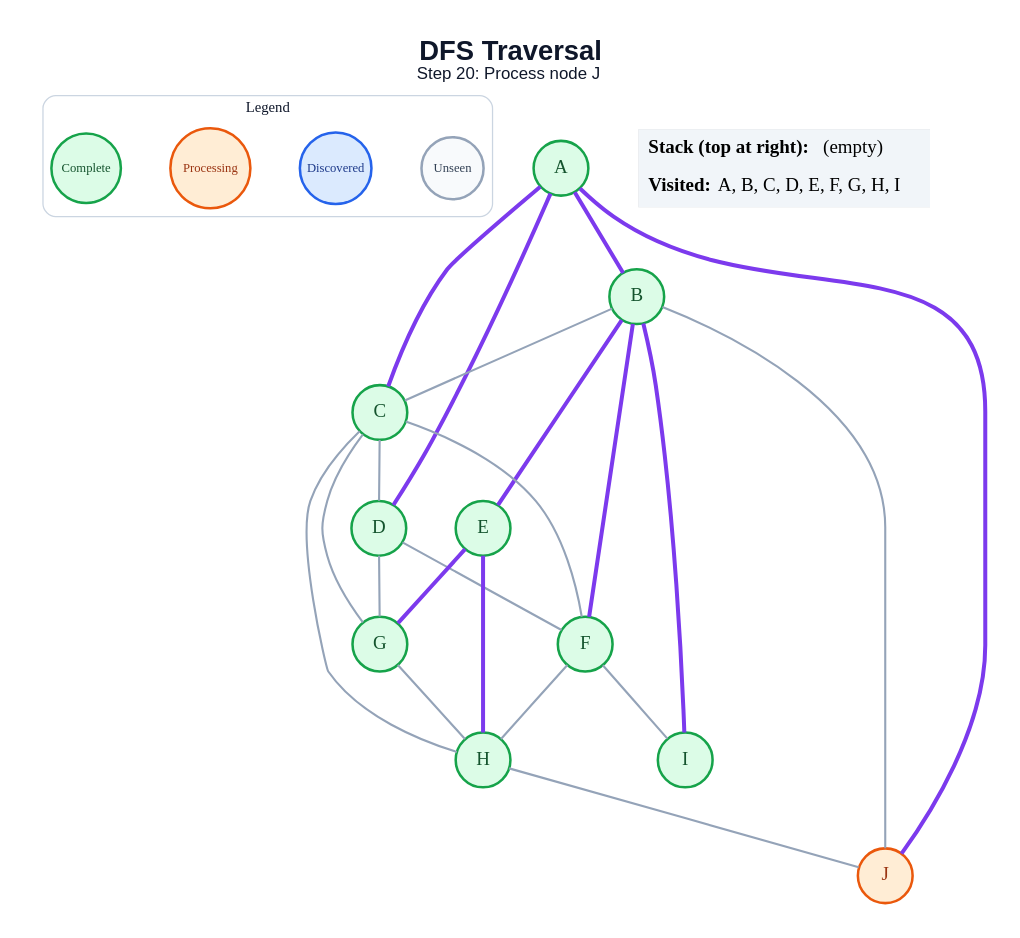
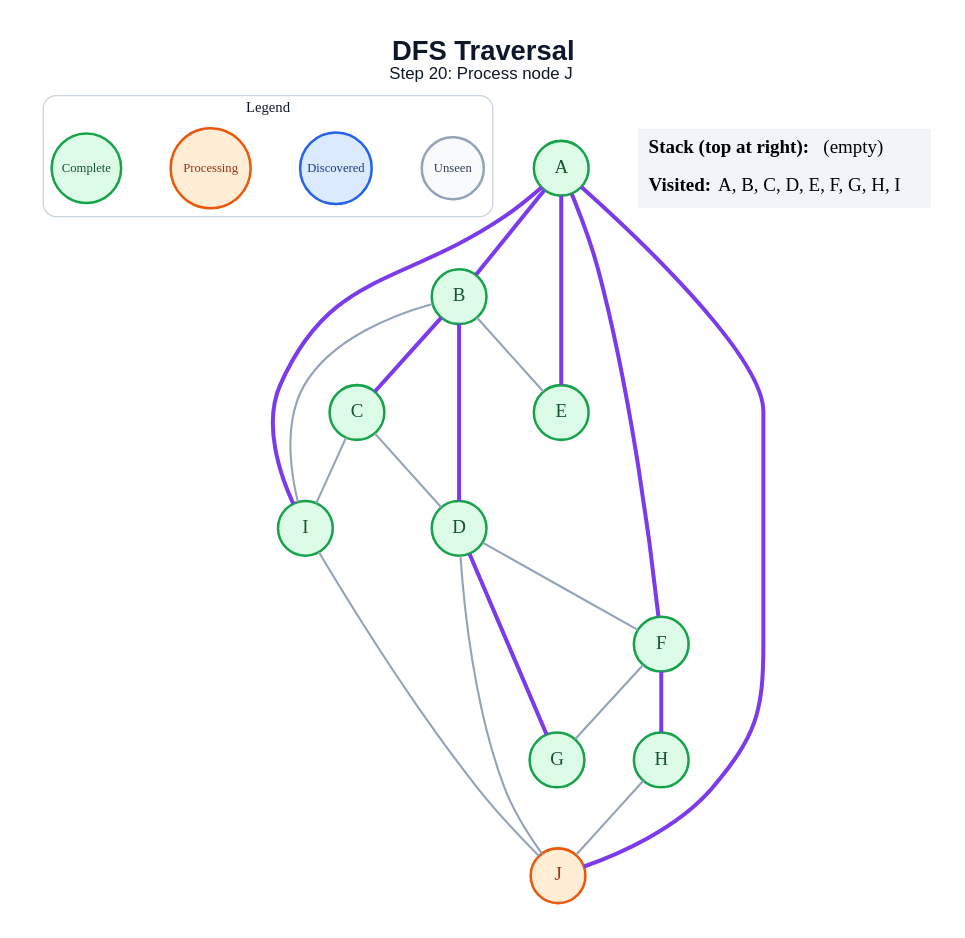
One commit to anon7238593-create/ai-slop changed the diagram in generated/dfs/step_20.dot. Above: the diagram before and after it, drawn with Graphviz. The commit also changed 178 other files, not shown here.

```diff
--- a/generated/dfs/step_20.dot
+++ b/generated/dfs/step_20.dot
@@ -1,50 +1,47 @@
 graph traversal {
   graph [layout=dot, rankdir=TB, bgcolor="#FFFFFF", pad="0.35", nodesep="0.65", ranksep="0.8", fontname="Arial"];
   node [shape=circle, style="filled", fontname="Arial Bold", fontsize=18, width=0.72, fixedsize=true, penwidth=2.4];
   edge [color="#94A3B8", penwidth=2.0];
   label=<<B>DFS Traversal</B><BR/><FONT POINT-SIZE="16">Step 20: Process node J</FONT>>; labelloc="t"; fontsize=26; fontname="Arial"; fontcolor="#0F172A";
   subgraph cluster_legend { label="Legend"; color="#CBD5E1"; penwidth=1.2; style="rounded"; fontsize=14; fontname="Arial Bold";
     key_unseen [label="Unseen", fillcolor="#F8FAFC", color="#94A3B8", fontcolor="#334155", fontsize=12, width=0.82];
     key_frontier [label="Discovered", fillcolor="#DBEAFE", color="#2563EB", fontcolor="#1E3A8A", fontsize=12, width=0.95];
     key_current [label="Processing", fillcolor="#FFEDD5", color="#EA580C", fontcolor="#9A3412", fontsize=12, width=1.05];
     key_done [label="Complete", fillcolor="#DCFCE7", color="#16A34A", fontcolor="#14532D", fontsize=12, width=0.92];
     { rank=same; key_unseen; key_frontier; key_current; key_done; }
   }
   A [fillcolor="#DCFCE7", color="#16A34A", fontcolor="#14532D"];
   B [fillcolor="#DCFCE7", color="#16A34A", fontcolor="#14532D"];
   C [fillcolor="#DCFCE7", color="#16A34A", fontcolor="#14532D"];
   D [fillcolor="#DCFCE7", color="#16A34A", fontcolor="#14532D"];
   E [fillcolor="#DCFCE7", color="#16A34A", fontcolor="#14532D"];
   F [fillcolor="#DCFCE7", color="#16A34A", fontcolor="#14532D"];
   G [fillcolor="#DCFCE7", color="#16A34A", fontcolor="#14532D"];
   H [fillcolor="#DCFCE7", color="#16A34A", fontcolor="#14532D"];
   I [fillcolor="#DCFCE7", color="#16A34A", fontcolor="#14532D"];
   J [fillcolor="#FFEDD5", color="#EA580C", fontcolor="#9A3412"];
   A -- B [color="#7C3AED", penwidth=3.8];
-  A -- C [color="#7C3AED", penwidth=3.8];
-  A -- D [color="#7C3AED", penwidth=3.8];
+  A -- E [color="#7C3AED", penwidth=3.8];
+  A -- F [color="#7C3AED", penwidth=3.8];
+  A -- I [color="#7C3AED", penwidth=3.8];
   A -- J [color="#7C3AED", penwidth=3.8];
-  B -- C;
-  B -- E [color="#7C3AED", penwidth=3.8];
-  B -- F [color="#7C3AED", penwidth=3.8];
-  B -- I [color="#7C3AED", penwidth=3.8];
-  B -- J;
+  B -- C [color="#7C3AED", penwidth=3.8];
+  B -- D [color="#7C3AED", penwidth=3.8];
+  B -- E;
+  B -- I;
   C -- D;
-  C -- F;
-  C -- G;
-  C -- H;
+  C -- I;
   D -- F;
-  D -- G;
-  E -- G [color="#7C3AED", penwidth=3.8];
-  E -- H [color="#7C3AED", penwidth=3.8];
-  F -- H;
-  F -- I;
-  G -- H;
+  D -- G [color="#7C3AED", penwidth=3.8];
+  D -- J;
+  F -- G;
+  F -- H [color="#7C3AED", penwidth=3.8];
   H -- J;
+  I -- J;
   status [shape=plain, fixedsize=false, width=0, height=0, margin=0, label=<
     <TABLE BORDER="0" CELLBORDER="0" CELLPADDING="7" BGCOLOR="#F1F5F9">
       <TR><TD ALIGN="LEFT"><B>Stack (top at right):</B> (empty)</TD></TR>
       <TR><TD ALIGN="LEFT"><B>Visited:</B> A, B, C, D, E, F, G, H, I</TD></TR>
     </TABLE>
   >];
 }
```
